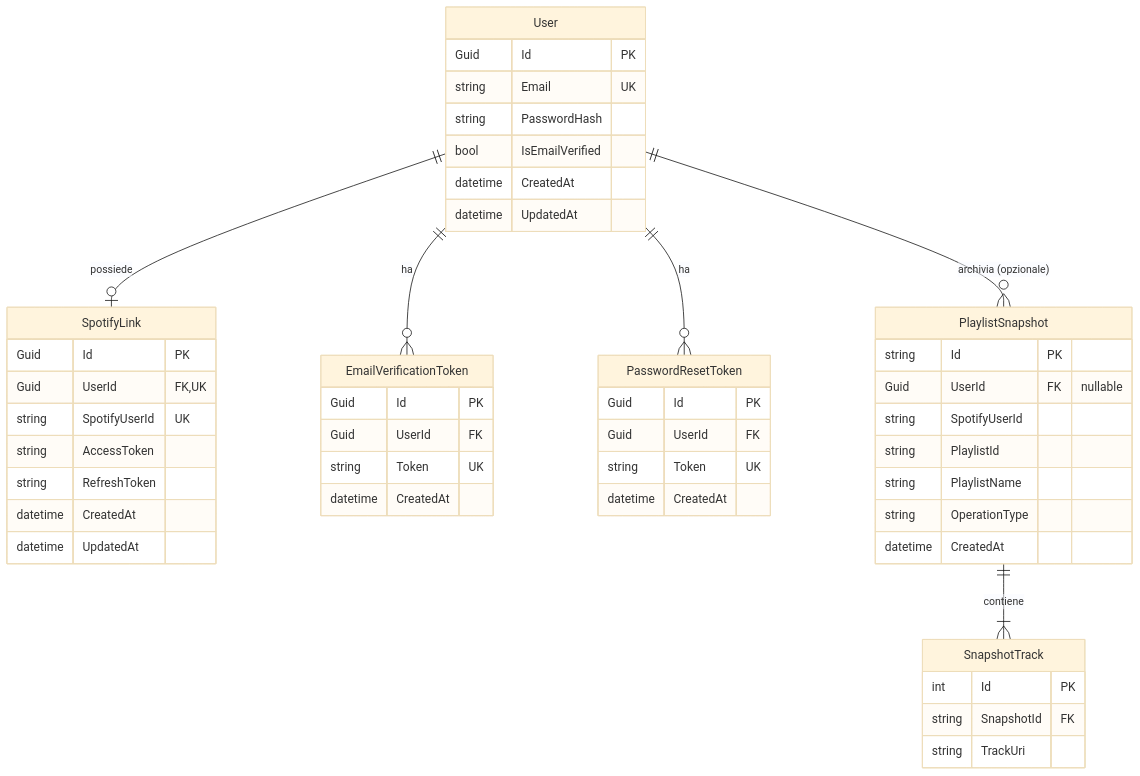
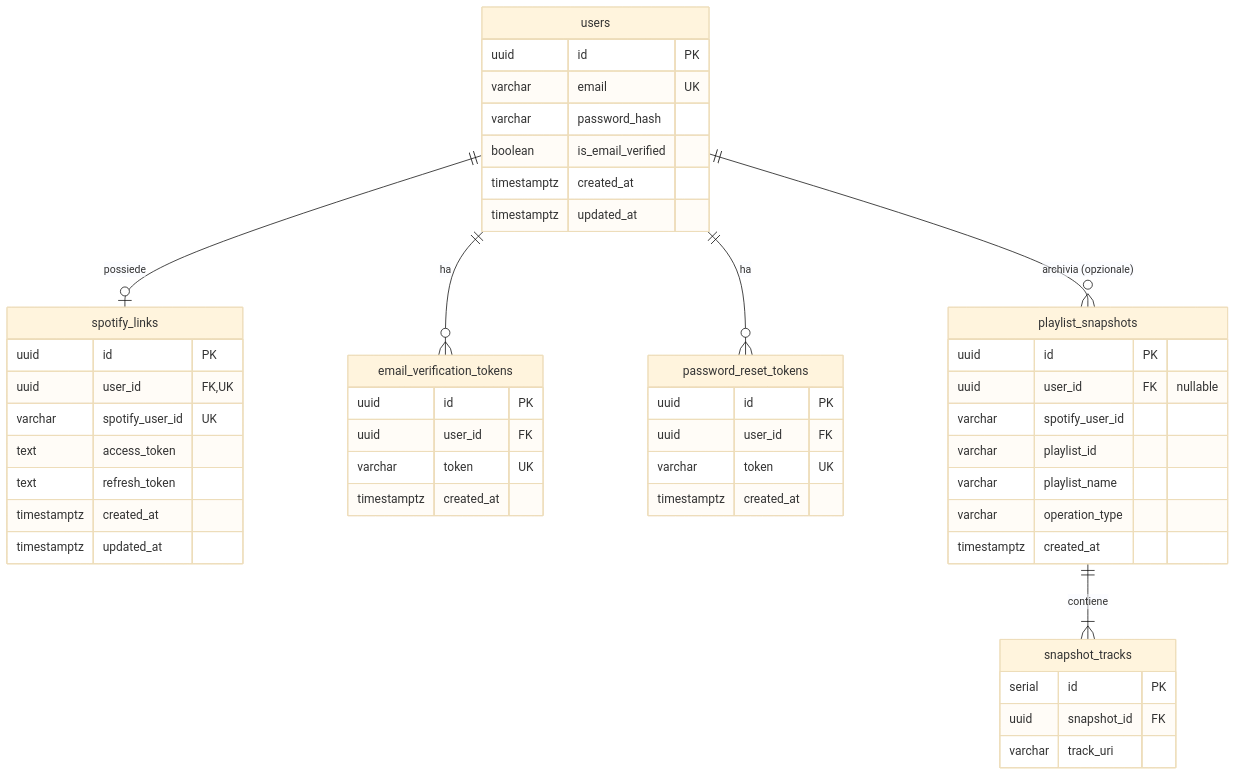
Before and after one commit to RubenPari/tracksByPopularity: the second of 2 diagrams in REQUISITI.md, drawn with Mermaid (base theme). The commit also changed other lines of this file, not shown here.

````diff
--- a/REQUISITI.md
+++ b/REQUISITI.md
@@ -140,57 +200,57 @@
 ```mermaid
 erDiagram
-    User ||--o| SpotifyLink : "possiede"
-    User ||--o{ EmailVerificationToken : "ha"
-    User ||--o{ PasswordResetToken : "ha"
-    User ||--o{ PlaylistSnapshot : "archivia (opzionale)"
-    PlaylistSnapshot ||--|{ SnapshotTrack : "contiene"
+    users ||--o| spotify_links : "possiede"
+    users ||--o{ email_verification_tokens : "ha"
+    users ||--o{ password_reset_tokens : "ha"
+    users ||--o{ playlist_snapshots : "archivia (opzionale)"
+    playlist_snapshots ||--|{ snapshot_tracks : "contiene"
 
-    User {
-        Guid Id PK
-        string Email UK
-        string PasswordHash
-        bool IsEmailVerified
-        datetime CreatedAt
-        datetime UpdatedAt
+    users {
+        uuid id PK
+        varchar email UK
+        varchar password_hash
+        boolean is_email_verified
+        timestamptz created_at
+        timestamptz updated_at
     }
 
-    SpotifyLink {
-        Guid Id PK
-        Guid UserId FK, UK
-        string SpotifyUserId UK
-        string AccessToken
-        string RefreshToken
-        datetime CreatedAt
-        datetime UpdatedAt
+    spotify_links {
+        uuid id PK
+        uuid user_id FK, UK
+        varchar spotify_user_id UK
+        text access_token
+        text refresh_token
+        timestamptz created_at
+        timestamptz updated_at
     }
 
-    EmailVerificationToken {
-        Guid Id PK
-        Guid UserId FK
-        string Token UK
-        datetime CreatedAt
+    email_verification_tokens {
+        uuid id PK
+        uuid user_id FK
+        varchar token UK
+        timestamptz created_at
     }
 
-    PasswordResetToken {
-        Guid Id PK
-        Guid UserId FK
-        string Token UK
-        datetime CreatedAt
+    password_reset_tokens {
+        uuid id PK
+        uuid user_id FK
+        varchar token UK
+        timestamptz created_at
     }
 
-    PlaylistSnapshot {
-        string Id PK
-        Guid UserId FK "nullable"
-        string SpotifyUserId
-        string PlaylistId
-        string PlaylistName
-        string OperationType
-        datetime CreatedAt
+    playlist_snapshots {
+        uuid id PK
+        uuid user_id FK "nullable"
+        varchar spotify_user_id
+        varchar playlist_id
+        varchar playlist_name
+        varchar operation_type
+        timestamptz created_at
     }
 
-    SnapshotTrack {
-        int Id PK
-        string SnapshotId FK
-        string TrackUri
+    snapshot_tracks {
+        serial id PK
+        uuid snapshot_id FK
+        varchar track_uri
     }
 ```
````
